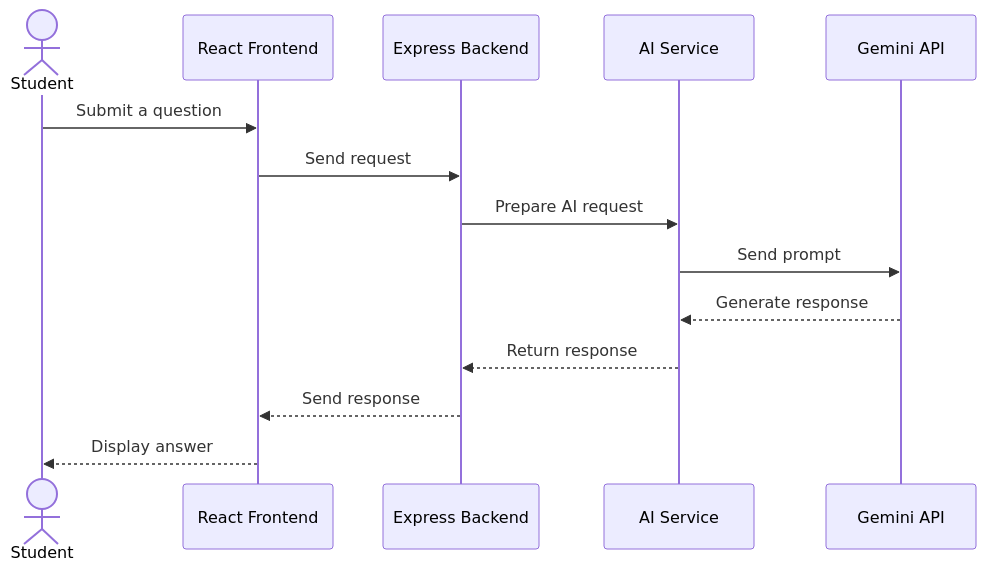
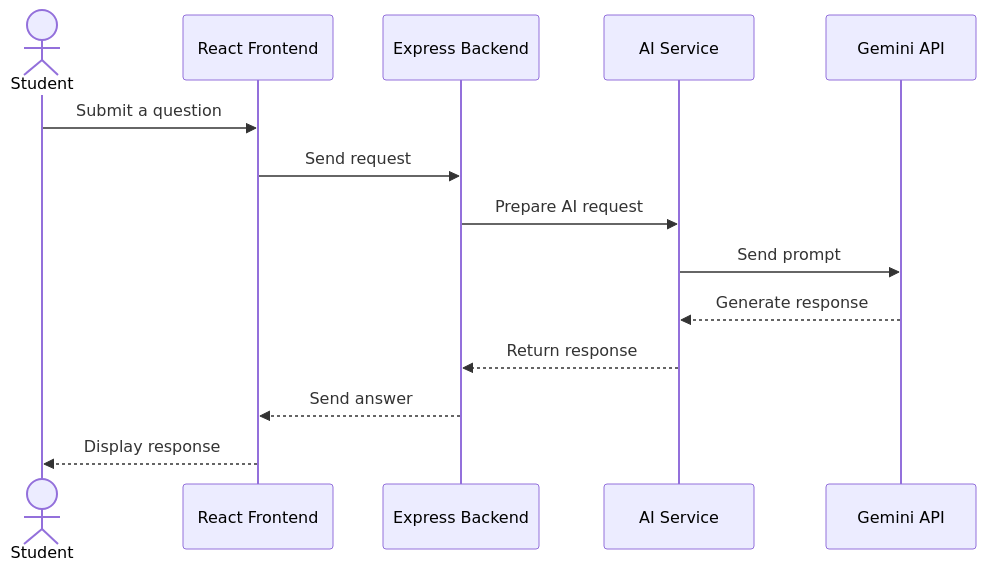
The second of 2 diagrams in README.md (CodeX-Anurag/NEXORA-), drawn with Mermaid before and after one commit. The commit also changed other lines of this file, not shown here.

````diff
--- a/README.md
+++ b/README.md
@@ -218,17 +106,17 @@
 ```mermaid
 sequenceDiagram
     actor Student
     participant UI as React Frontend
     participant API as Express Backend
     participant AI as AI Service
     participant Gemini as Gemini API
 
     Student->>UI: Submit a question
     UI->>API: Send request
     API->>AI: Prepare AI request
     AI->>Gemini: Send prompt
     Gemini-->>AI: Generate response
     AI-->>API: Return response
-    API-->>UI: Send response
-    UI-->>Student: Display answer
+    API-->>UI: Send answer
+    UI-->>Student: Display response
 ```
````
